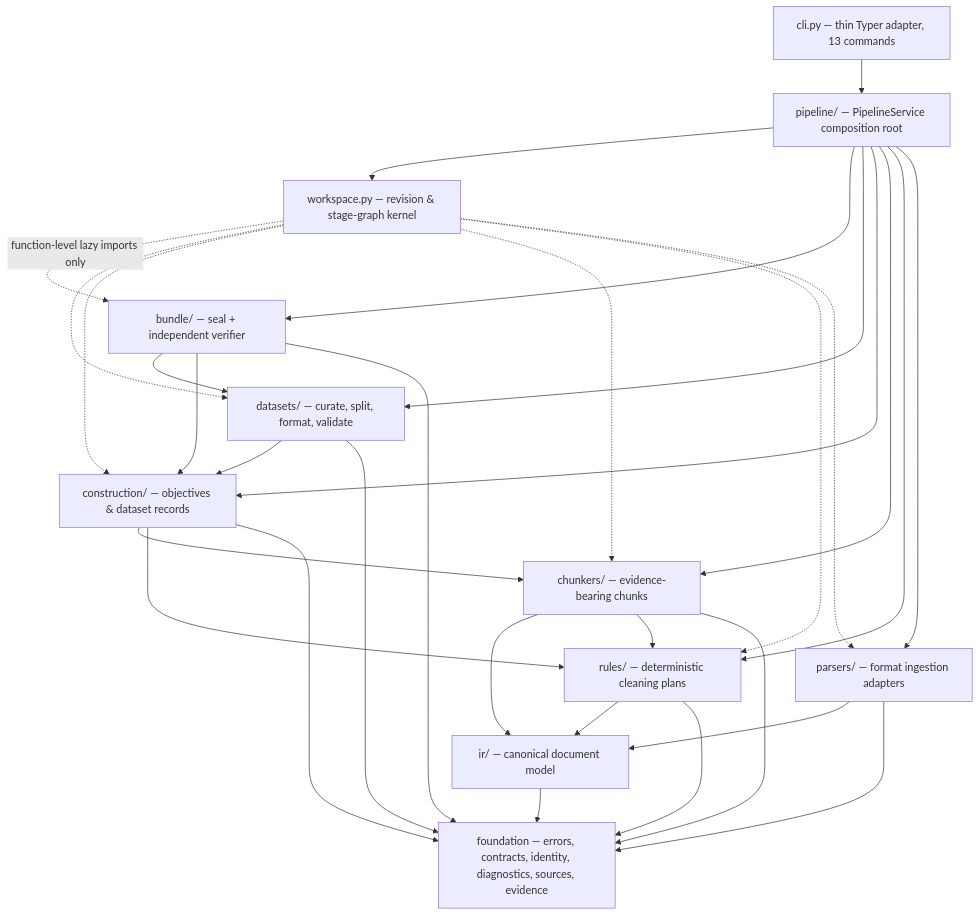
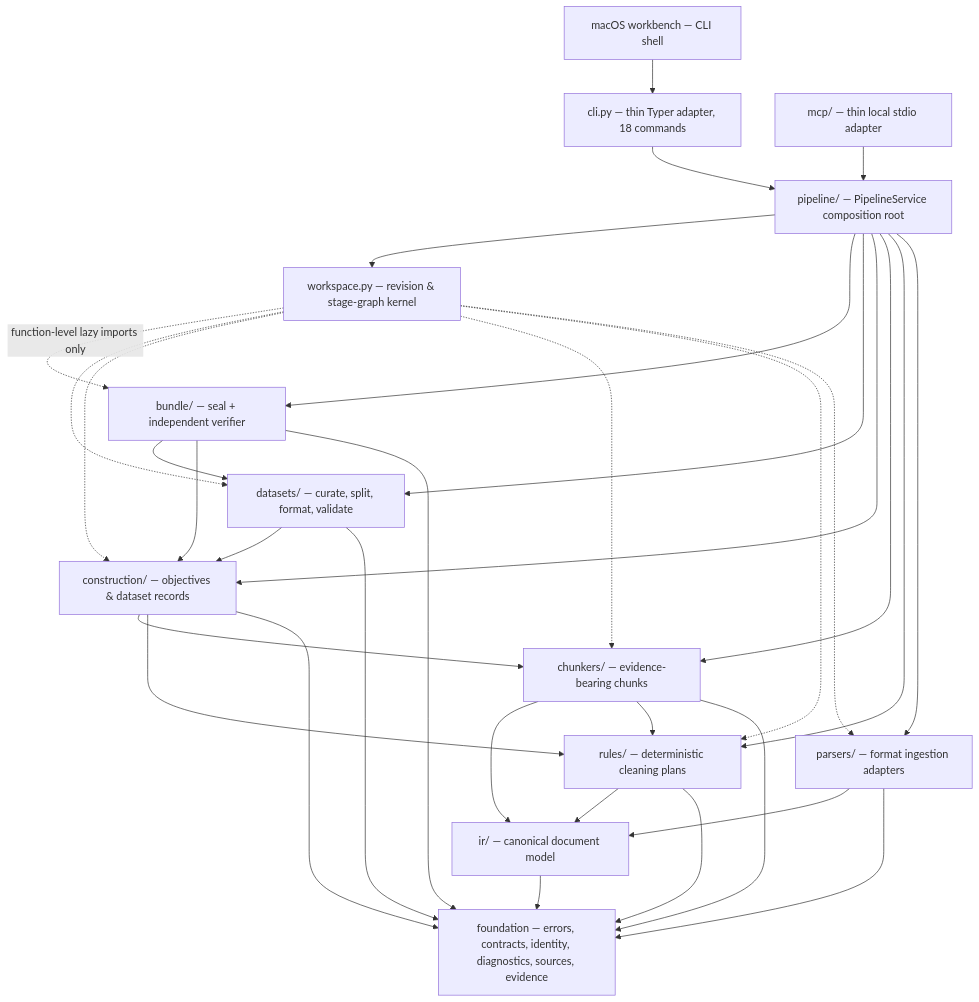
Before and after one commit to ogprotege/Veriformis: the diagram in docs/architecture/layers.md, drawn with Mermaid. The commit also changed other lines of this file and 83 other files, not shown here.

````diff
--- a/docs/architecture/layers.md
+++ b/docs/architecture/layers.md
@@ -29,45 +29,49 @@
 ```mermaid
 flowchart TD
-    CLI["cli.py — thin Typer adapter, 13 commands"]
+    CLI["cli.py — thin Typer adapter, 18 commands"]
+    MCP["mcp/ — thin local stdio adapter"]
+    MAC["macOS workbench — CLI shell"]
     PIP["pipeline/ — PipelineService composition root"]
     WS["workspace.py — revision & stage-graph kernel"]
     BUN["bundle/ — seal + independent verifier"]
     DAT["datasets/ — curate, split, format, validate"]
     CON["construction/ — objectives & dataset records"]
     CHK["chunkers/ — evidence-bearing chunks"]
     RUL["rules/ — deterministic cleaning plans"]
     PAR["parsers/ — format ingestion adapters"]
     IR["ir/ — canonical document model"]
     FND["foundation — errors, contracts, identity, diagnostics, sources, evidence"]
 
     CLI --> PIP
+    MCP --> PIP
+    MAC --> CLI
     PIP --> WS
     PIP --> BUN
     PIP --> DAT
     PIP --> CON
     PIP --> CHK
     PIP --> RUL
     PIP --> PAR
     WS -. "function-level lazy imports only" .-> BUN
     WS -.-> DAT
     WS -.-> CON
     WS -.-> CHK
     WS -.-> RUL
     WS -.-> PAR
     BUN --> DAT
     BUN --> CON
     DAT --> CON
     CON --> CHK
     CON --> RUL
     CHK --> IR
     CHK --> RUL
     RUL --> IR
     PAR --> IR
     BUN --> FND
     DAT --> FND
     CON --> FND
     CHK --> FND
     RUL --> FND
     PAR --> FND
     IR --> FND
 ```
````
